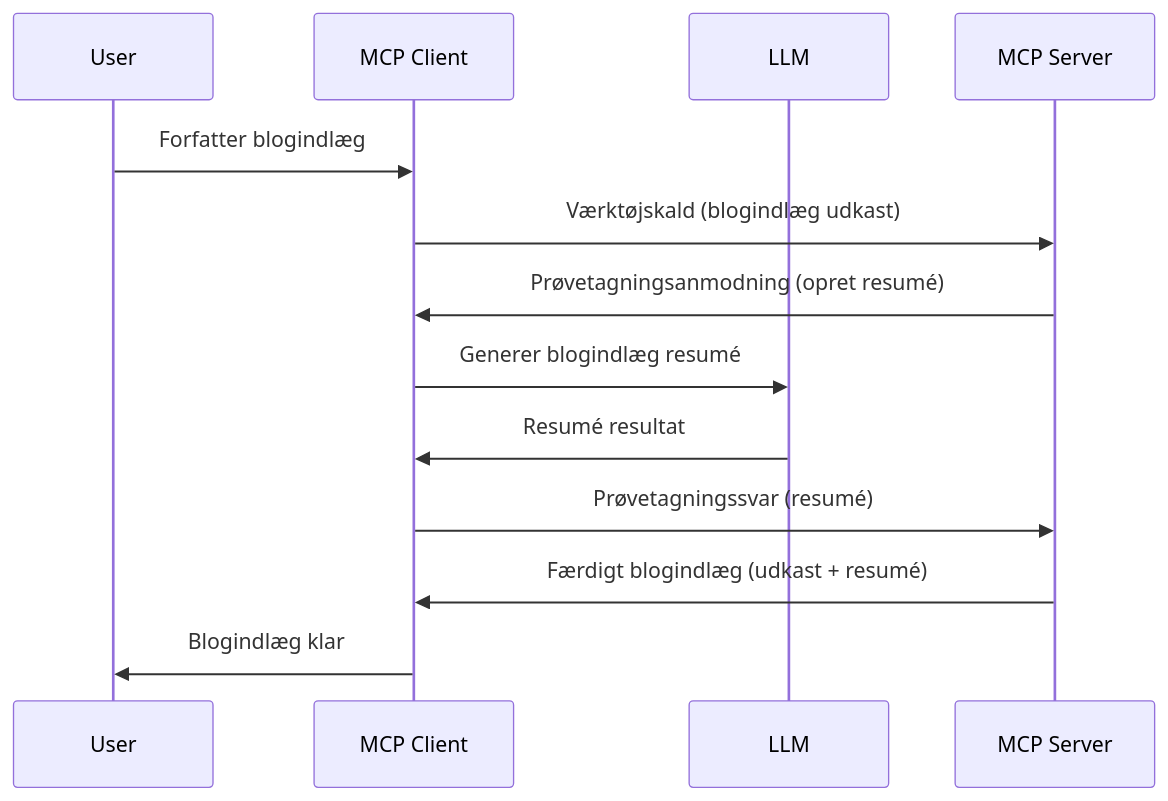
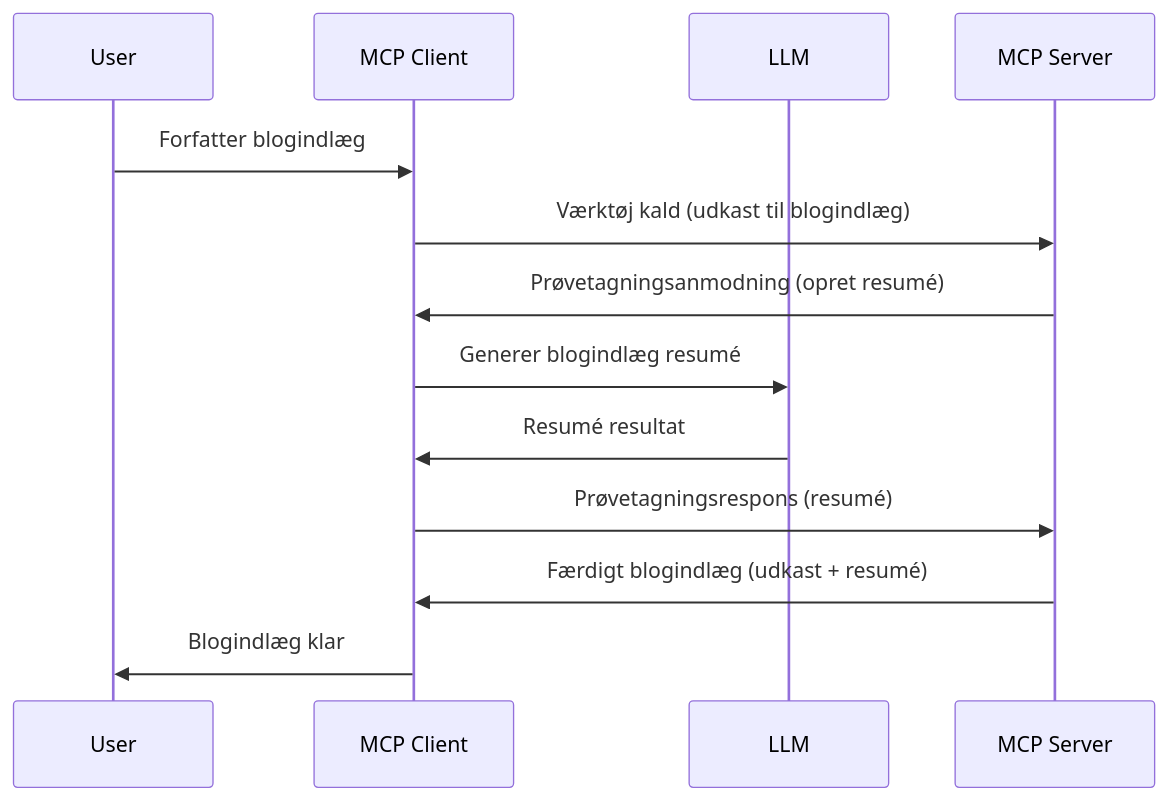
Before and after one commit to HIDORAKAI002/ai-workspace-archive: the diagram in mcp_ecosystem__model_context_protocol/mcp_learning_resources/mcp-for-beginners/translations/da/03-GettingStarted/14-sampling/README.md, drawn with Mermaid. The commit also changed other lines of this file and 5721 other files, not shown here.

Commit message:
chore(sync): update MCP Python SDK, MCP TypeScript SDK, Supabase MCP, Kubernetes MCP Server, Git MCP, MCP Agent, Awesome ChatGPT Prompts, Langfuse, +62 more

````diff
--- a/mcp_ecosystem__model_context_protocol/mcp_learning_resources/mcp-for-beginners/translations/da/03-GettingStarted/14-sampling/README.md
+++ b/mcp_ecosystem__model_context_protocol/mcp_learning_resources/mcp-for-beginners/translations/da/03-GettingStarted/14-sampling/README.md
@@ -25,16 +27,16 @@
 ```mermaid
 sequenceDiagram
     participant User
     participant MCP Client
     participant LLM
     participant MCP Server
 
     User->>MCP Client: Forfatter blogindlæg
-    MCP Client->>MCP Server: Værktøjskald (blogindlæg udkast)
+    MCP Client->>MCP Server: Værktøj kald (udkast til blogindlæg)
     MCP Server->>MCP Client: Prøvetagningsanmodning (opret resumé)
     MCP Client->>LLM: Generer blogindlæg resumé
     LLM->>MCP Client: Resumé resultat
-    MCP Client->>MCP Server: Prøvetagningssvar (resumé)
+    MCP Client->>MCP Server: Prøvetagningsrespons (resumé)
     MCP Server->>MCP Client: Færdigt blogindlæg (udkast + resumé)
     MCP Client->>User: Blogindlæg klar
 ```
````
